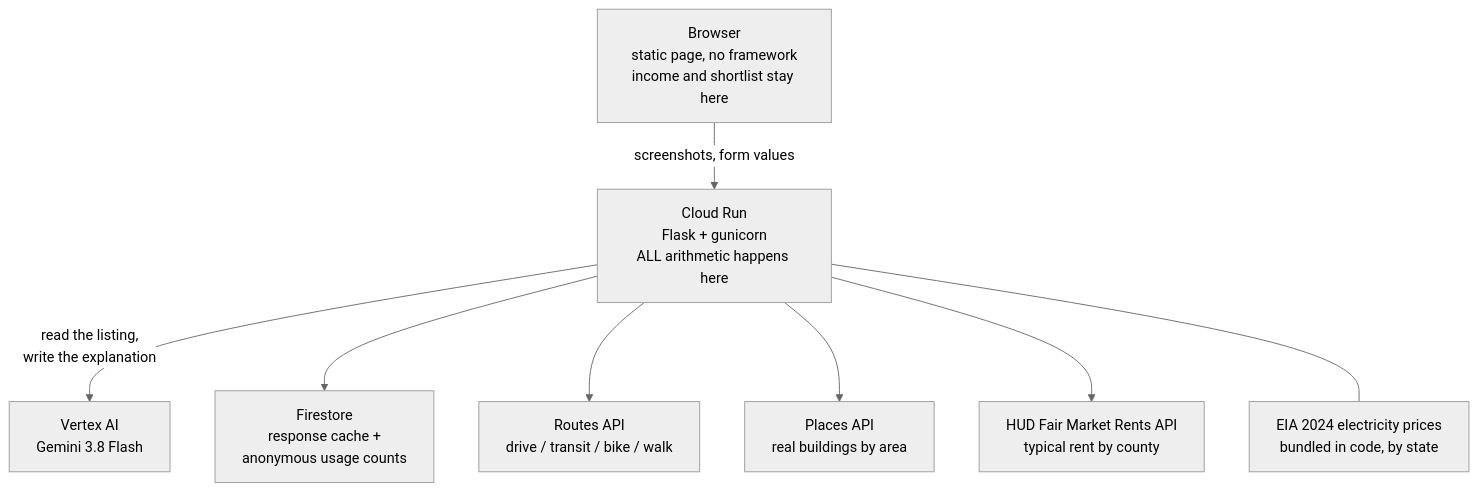
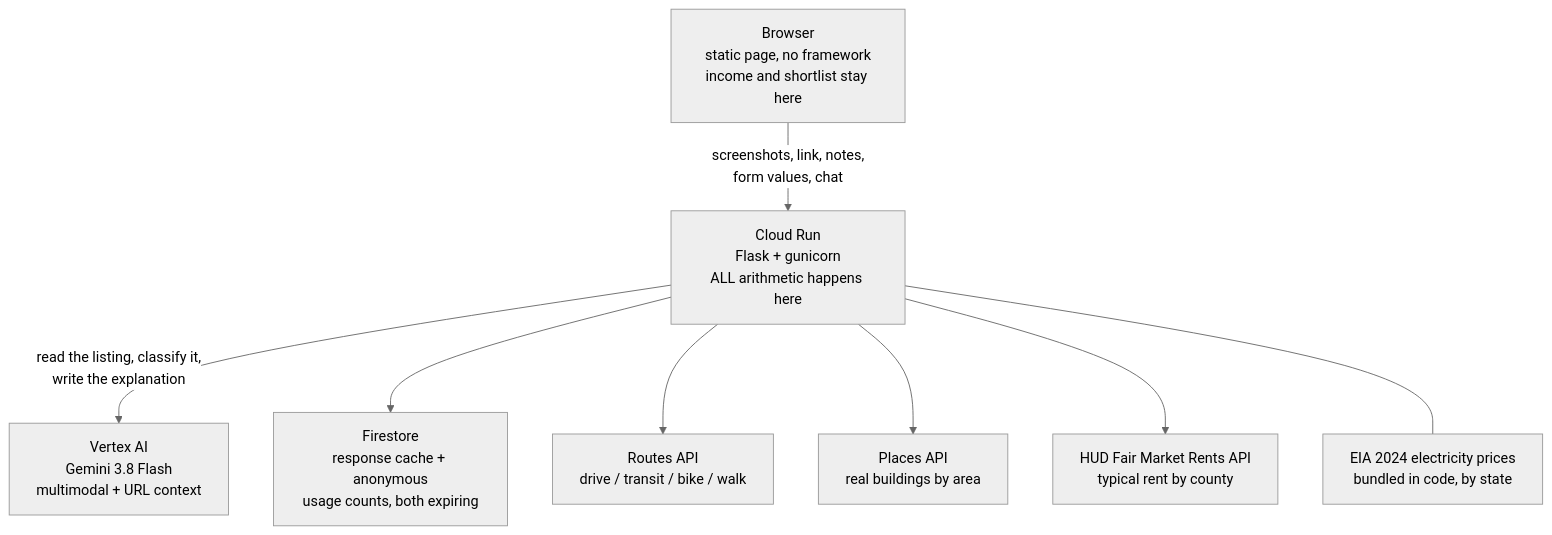
Before and after one commit to RituSKYPI/true-cost-of-rent: the diagram in README.md, drawn with Mermaid (neutral theme). The commit also changed other lines of this file and 7 other files, not shown here.

````diff
--- a/README.md
+++ b/README.md
@@ -83,19 +325,19 @@
 ```mermaid
 flowchart TD
     B["Browser<br/>static page, no framework<br/>income and shortlist stay here"]
     CR["Cloud Run<br/>Flask + gunicorn<br/>ALL arithmetic happens here"]
-    V["Vertex AI<br/>Gemini 3.8 Flash"]
-    F["Firestore<br/>response cache +<br/>anonymous usage counts"]
+    V["Vertex AI<br/>Gemini 3.8 Flash<br/>multimodal + URL context"]
+    F["Firestore<br/>response cache + anonymous<br/>usage counts, both expiring"]
     R["Routes API<br/>drive / transit / bike / walk"]
     P["Places API<br/>real buildings by area"]
     H["HUD Fair Market Rents API<br/>typical rent by county"]
     E["EIA 2024 electricity prices<br/>bundled in code, by state"]
 
-    B -->|"screenshots, form values"| CR
-    CR -->|"read the listing,<br/>write the explanation"| V
+    B -->|"screenshots, link, notes,<br/>form values, chat"| CR
+    CR -->|"read the listing, classify it,<br/>write the explanation"| V
     CR --> F
     CR --> R
     CR --> P
     CR --> H
     CR --- E
 ```
````
